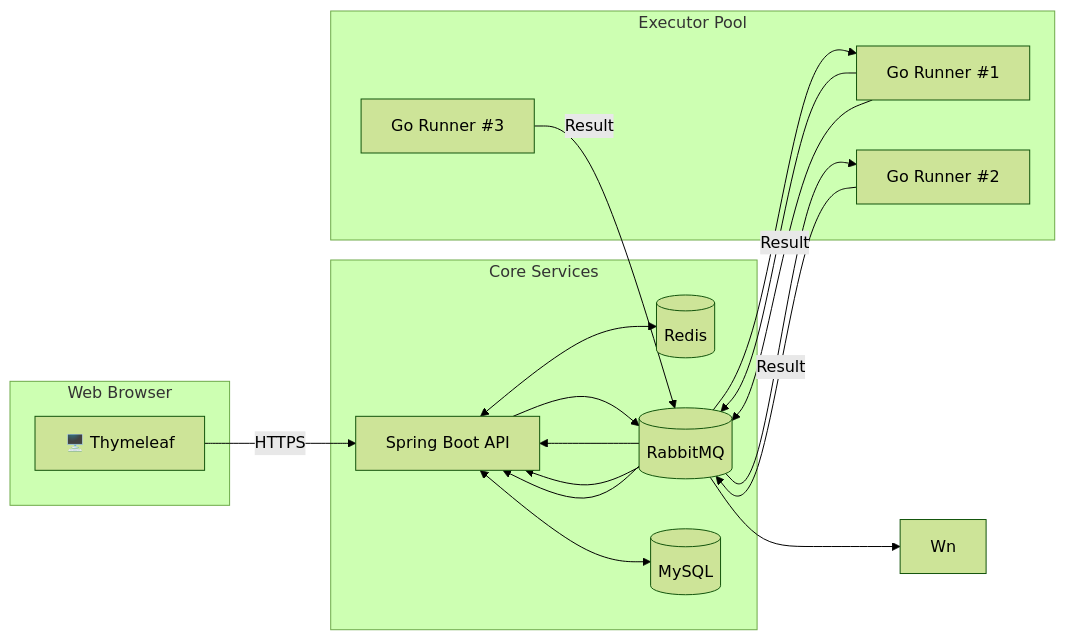
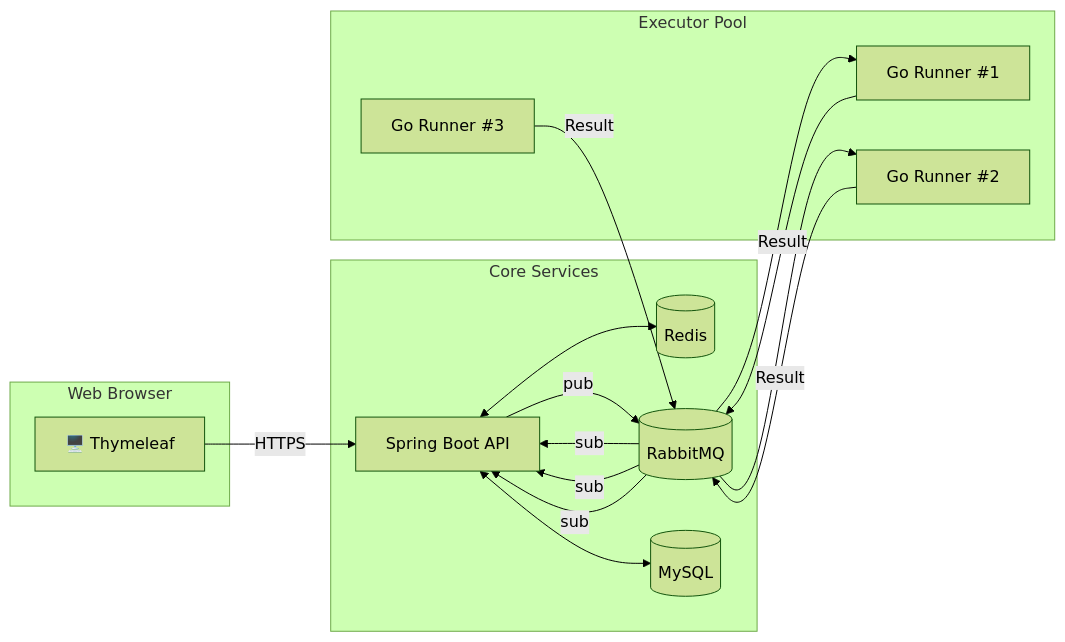
One commit to Feedbaek/JHP-World changed the diagram in README.md. Above: the diagram before and after it, drawn with Mermaid (forest theme).

Commit message:
Docs: README.md 파일 수정

````diff
--- a/README.md
+++ b/README.md
@@ -33,29 +33,28 @@
 ```mermaid
 flowchart LR
     subgraph Web Browser
         UI["🖥️ Thymeleaf"]
     end
 
     subgraph Core Services
         A["Spring Boot API"]
         R[(Redis)]
         Q[(RabbitMQ)]
         DB[(MySQL)]
     end
 
     subgraph Executor Pool
         W1["Go Runner #1"]
         W2["Go Runner #2"]
         W3["Go Runner #3"]
     end
 
     UI -->|HTTPS| A
     A <--> R
     A <--> DB
-    A --> Q
-    Q --> W1 & W2 & Wn
-    W1 --> Q
-    W1 -->|Result| Q --> A
-    W2 -->|Result| Q --> A
-    W3 -->|Result| Q --> A
+    A --> |pub| Q
+    Q --> W1 & W2
+    W1 -->|Result| Q --> |sub| A
+    W2 -->|Result| Q --> |sub| A
+    W3 -->|Result| Q --> |sub| A
 ```
````
